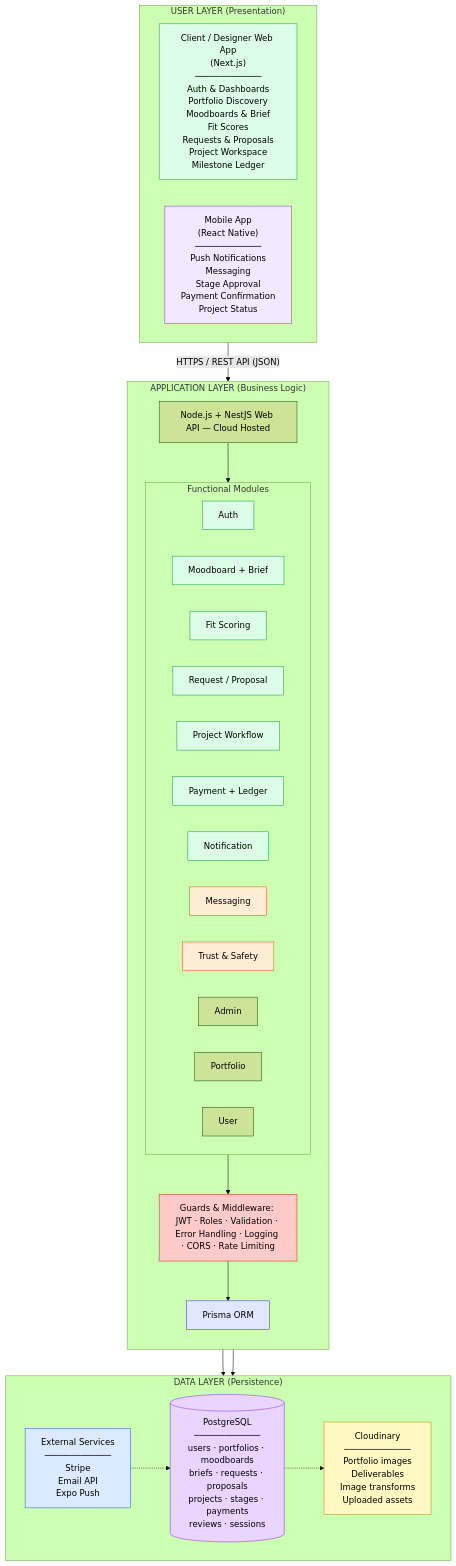
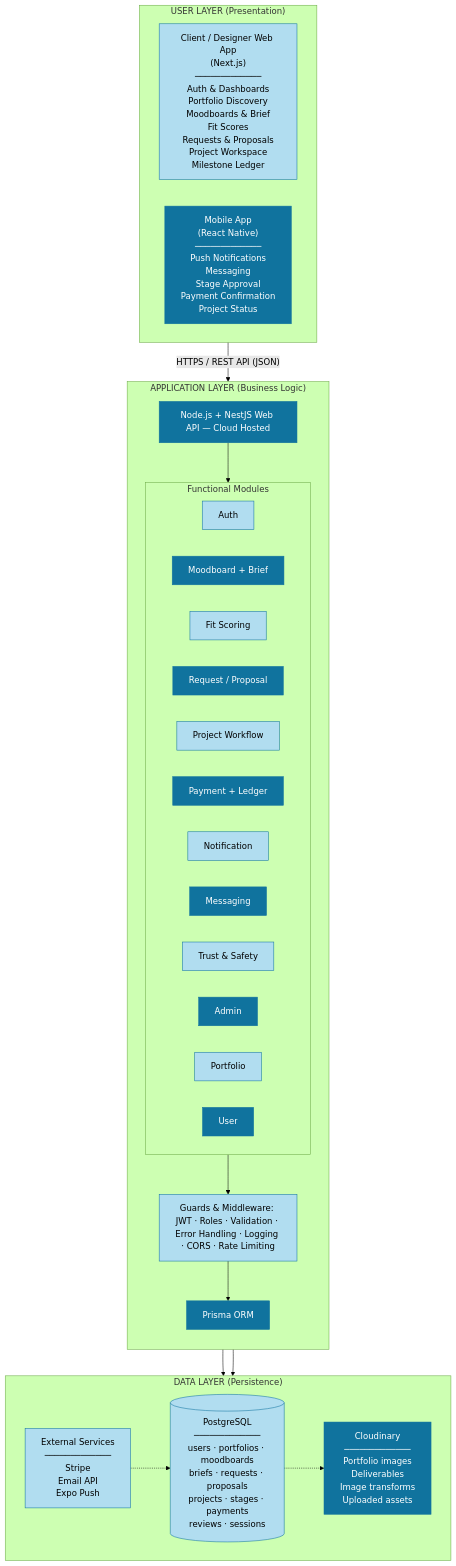
The third of 4 diagrams in docs/Proposal/diagrams/architecture-diagrams.md (MNSBaanu/Inside), drawn with Mermaid (forest theme) before and after one commit. The commit also changed other lines of this file and 4 other files, not shown here.

First line of the commit message:
docs(proposal): Update diagrams and Gantt chart for project clarity

````diff
--- a/docs/Proposal/diagrams/architecture-diagrams.md
+++ b/docs/Proposal/diagrams/architecture-diagrams.md
@@ -146,65 +149,69 @@
 ```mermaid
 flowchart TB
     subgraph userLayer ["USER LAYER (Presentation)"]
         direction LR
         Web["Client / Designer Web App<br/>(Next.js)<br/>─────────────<br/>Auth & Dashboards<br/>Portfolio Discovery<br/>Moodboards & Brief<br/>Fit Scores<br/>Requests & Proposals<br/>Project Workspace<br/>Milestone Ledger"]
         Mobile["Mobile App<br/>(React Native)<br/>─────────────<br/>Push Notifications<br/>Messaging<br/>Stage Approval<br/>Payment Confirmation<br/>Project Status"]
     end
 
     userLayer -->|"HTTPS / REST API (JSON)"| appLayer
 
     subgraph appLayer ["APPLICATION LAYER (Business Logic)"]
         direction TB
         API["Node.js + NestJS Web API — Cloud Hosted"]
         subgraph modules ["Functional Modules"]
             direction LR
             M1["Auth"]
             M2["Moodboard + Brief"]
             M3["Fit Scoring"]
             M4["Request / Proposal"]
             M5["Project Workflow"]
             M6["Payment + Ledger"]
             M7["Notification"]
             M8["Messaging"]
             M9["Trust & Safety"]
             M10["Admin"]
             M11["Portfolio"]
             M12["User"]
         end
         MW["Guards & Middleware: JWT · Roles · Validation · Error Handling · Logging · CORS · Rate Limiting"]
         PR["Prisma ORM"]
         API --> modules
         modules --> MW
         MW --> PR
     end
 
     appLayer --> dataLayer
 
     subgraph dataLayer ["DATA LAYER (Persistence)"]
         direction LR
         Ext["External Services<br/>─────────────<br/>Stripe<br/>Email API<br/>Expo Push"]
         DB[("PostgreSQL<br/>─────────────<br/>users · portfolios · moodboards<br/>briefs · requests · proposals<br/>projects · stages · payments<br/>reviews · sessions")]
         CL["Cloudinary<br/>─────────────<br/>Portfolio images<br/>Deliverables<br/>Image transforms<br/>Uploaded assets"]
         Ext -.-> DB
         DB -.-> CL
     end
 
     PR --> DB
 
-    style Web fill:#dcfce7,stroke:#16a34a
-    style Mobile fill:#f3e8ff,stroke:#9333ea
-    style MW fill:#fecaca,stroke:#dc2626
-    style PR fill:#e0e7ff,stroke:#4338ca
-    style M1 fill:#dcfce7,stroke:#16a34a
-    style M2 fill:#dcfce7,stroke:#16a34a
-    style M3 fill:#dcfce7,stroke:#16a34a
-    style M4 fill:#dcfce7,stroke:#16a34a
-    style M5 fill:#dcfce7,stroke:#16a34a
-    style M6 fill:#dcfce7,stroke:#16a34a
-    style M7 fill:#dcfce7,stroke:#16a34a
-    style M8 fill:#ffedd5,stroke:#ea580c
-    style M9 fill:#ffedd5,stroke:#ea580c
-    style DB fill:#e9d5ff,stroke:#9333ea
-    style Ext fill:#dbeafe,stroke:#2563eb
-    style CL fill:#fef9c3,stroke:#ca8a04
+    style API fill:#10739e,stroke:#10739e,color:#fff
+    style Web fill:#B1DDF0,stroke:#10739e
+    style Mobile fill:#10739e,stroke:#10739e,color:#fff
+    style MW fill:#B1DDF0,stroke:#10739e
+    style PR fill:#10739e,stroke:#10739e,color:#fff
+    style M1 fill:#B1DDF0,stroke:#10739e
+    style M2 fill:#10739e,stroke:#10739e,color:#fff
+    style M3 fill:#B1DDF0,stroke:#10739e
+    style M4 fill:#10739e,stroke:#10739e,color:#fff
+    style M5 fill:#B1DDF0,stroke:#10739e
+    style M6 fill:#10739e,stroke:#10739e,color:#fff
+    style M7 fill:#B1DDF0,stroke:#10739e
+    style M8 fill:#10739e,stroke:#10739e,color:#fff
+    style M9 fill:#B1DDF0,stroke:#10739e
+    style M10 fill:#10739e,stroke:#10739e,color:#fff
+    style M11 fill:#B1DDF0,stroke:#10739e
+    style M12 fill:#10739e,stroke:#10739e,color:#fff
+    style DB fill:#B1DDF0,stroke:#10739e
+    style Ext fill:#B1DDF0,stroke:#10739e
+    style CL fill:#10739e,stroke:#10739e,color:#fff
 ```
````
